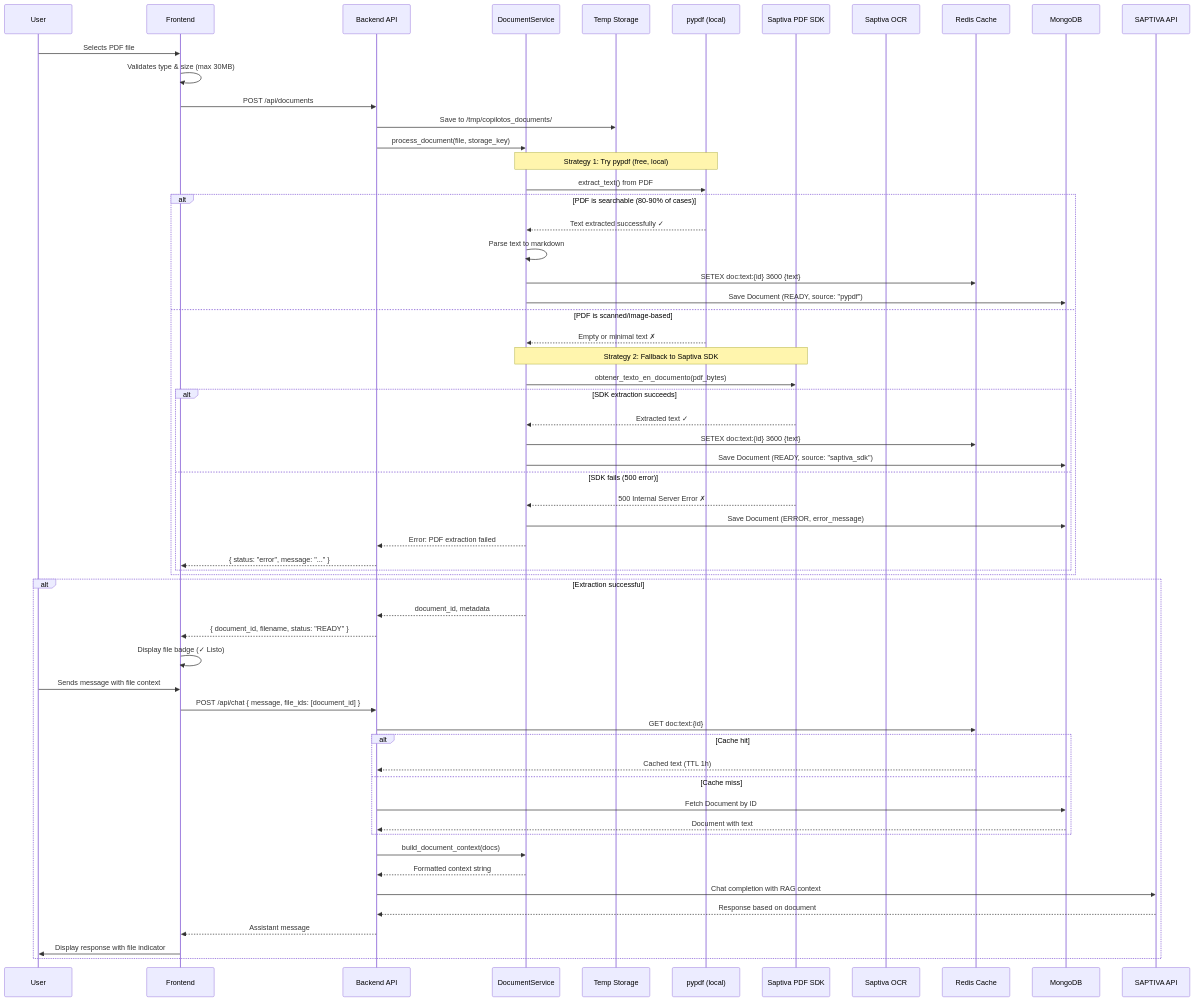
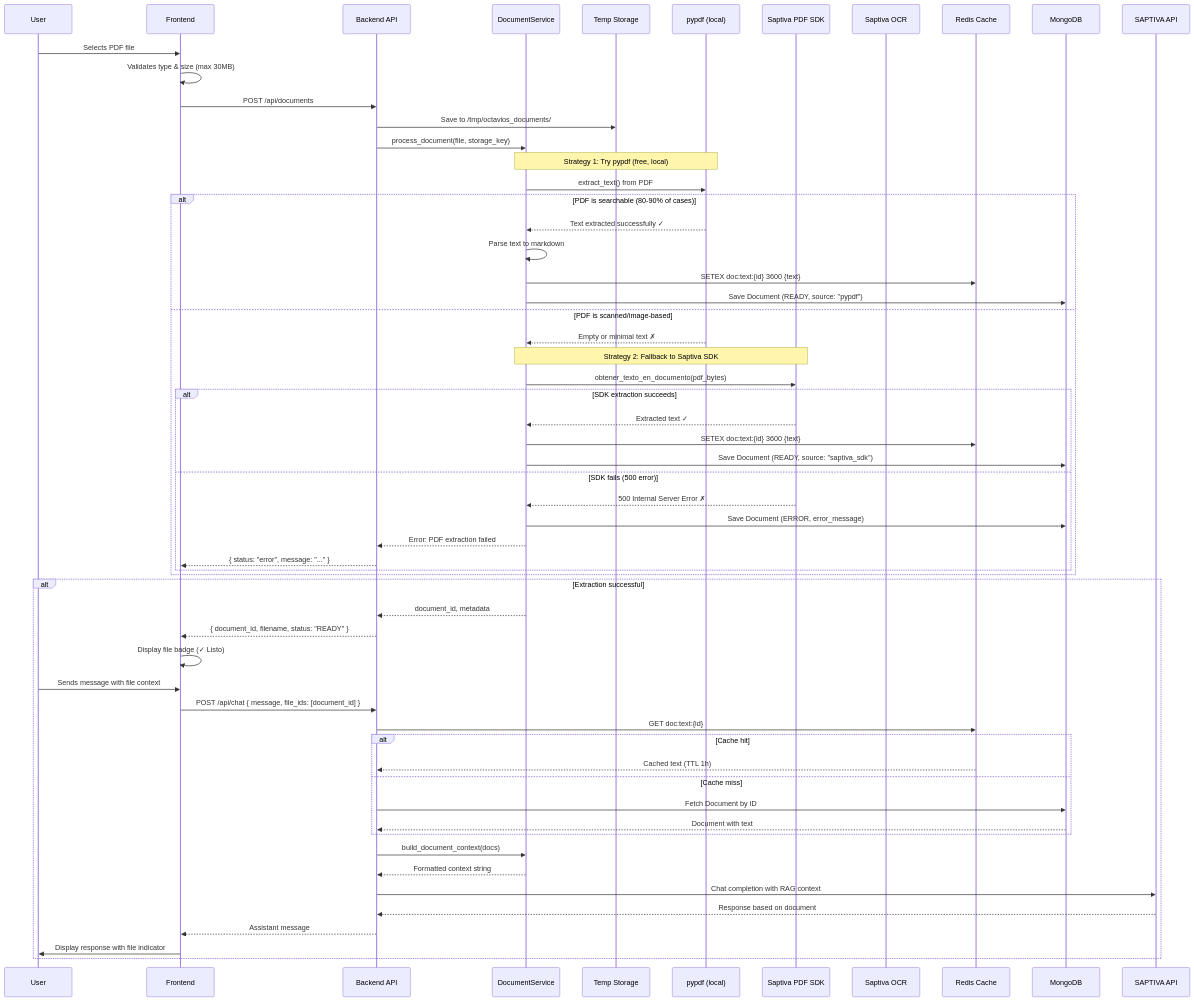
One commit to saptiva-ai/octavios-chat changed the eighth of 10 diagrams in README.md. Above: the diagram before and after it, drawn with Mermaid. The commit also changed other lines of this file and 75 other files, not shown here.

First line of the commit message:
feat: migración completa de copilotos a octavios

````diff
--- a/README.md
+++ b/README.md
@@ -1215,73 +1215,73 @@
 ```mermaid
 sequenceDiagram
     participant U as User
     participant F as Frontend
     participant API as Backend API
     participant DS as DocumentService
     participant TempFS as Temp Storage
     participant pypdf as pypdf (local)
     participant SDK as Saptiva PDF SDK
     participant OCR as Saptiva OCR
     participant Cache as Redis Cache
     participant DB as MongoDB
     participant LLM as SAPTIVA API
 
     U->>F: Selects PDF file
     F->>F: Validates type & size (max 30MB)
     F->>API: POST /api/documents
 
-    API->>TempFS: Save to /tmp/copilotos_documents/
+    API->>TempFS: Save to /tmp/octavios_documents/
     API->>DS: process_document(file, storage_key)
 
     Note over DS,pypdf: Strategy 1: Try pypdf (free, local)
     DS->>pypdf: extract_text() from PDF
 
     alt PDF is searchable (80-90% of cases)
         pypdf-->>DS: Text extracted successfully ✓
         DS->>DS: Parse text to markdown
         DS->>Cache: SETEX doc:text:{id} 3600 {text}
         DS->>DB: Save Document (READY, source: "pypdf")
     else PDF is scanned/image-based
         pypdf-->>DS: Empty or minimal text ✗
 
         Note over DS,SDK: Strategy 2: Fallback to Saptiva SDK
         DS->>SDK: obtener_texto_en_documento(pdf_bytes)
 
         alt SDK extraction succeeds
             SDK-->>DS: Extracted text ✓
             DS->>Cache: SETEX doc:text:{id} 3600 {text}
             DS->>DB: Save Document (READY, source: "saptiva_sdk")
         else SDK fails (500 error)
             SDK-->>DS: 500 Internal Server Error ✗
             DS->>DB: Save Document (ERROR, error_message)
             DS-->>API: Error: PDF extraction failed
             API-->>F: { status: "error", message: "..." }
         end
     end
 
     alt Extraction successful
         DS-->>API: document_id, metadata
         API-->>F: { document_id, filename, status: "READY" }
         F->>F: Display file badge (✓ Listo)
 
         U->>F: Sends message with file context
         F->>API: POST /api/chat { message, file_ids: [document_id] }
 
         API->>Cache: GET doc:text:{id}
         alt Cache hit
             Cache-->>API: Cached text (TTL 1h)
         else Cache miss
             API->>DB: Fetch Document by ID
             DB-->>API: Document with text
         end
 
         API->>DS: build_document_context(docs)
         DS-->>API: Formatted context string
 
         API->>LLM: Chat completion with RAG context
         LLM-->>API: Response based on document
         API-->>F: Assistant message
 
         F->>U: Display response with file indicator
     end
 ```
````
